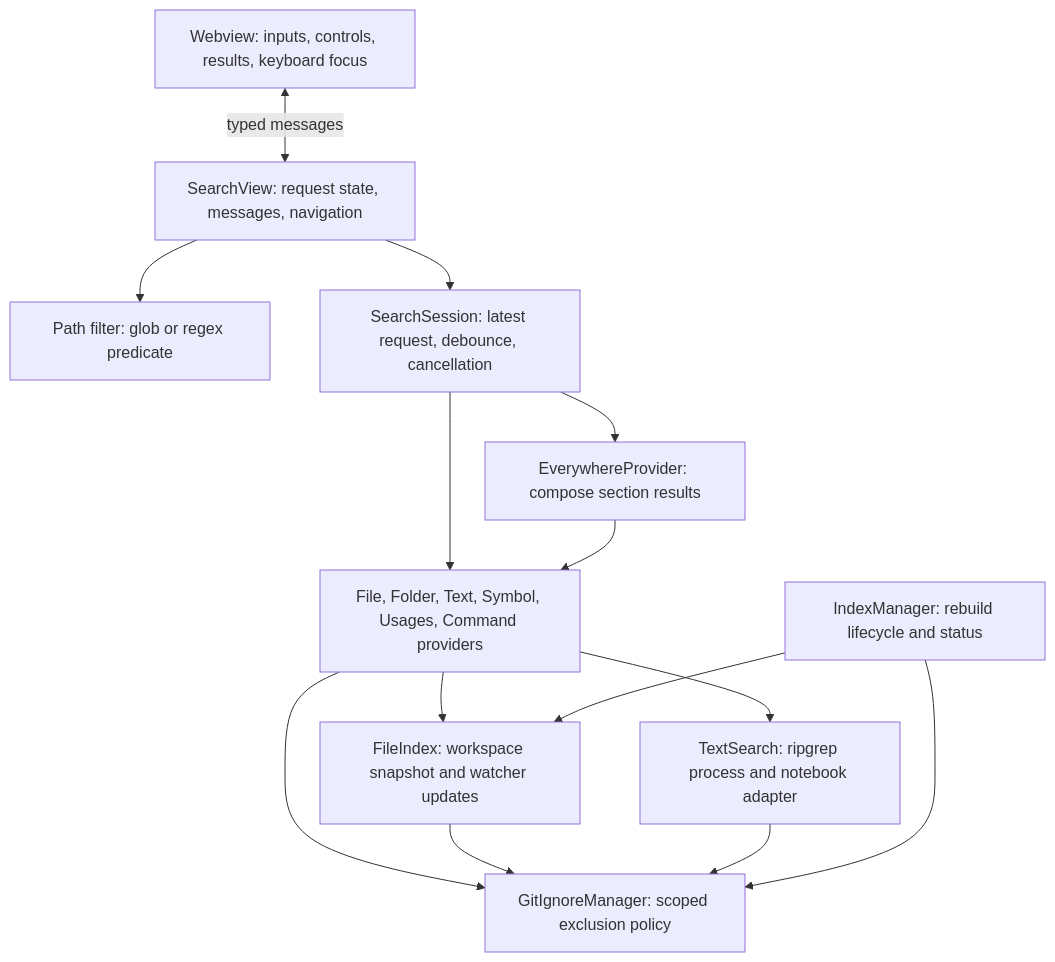
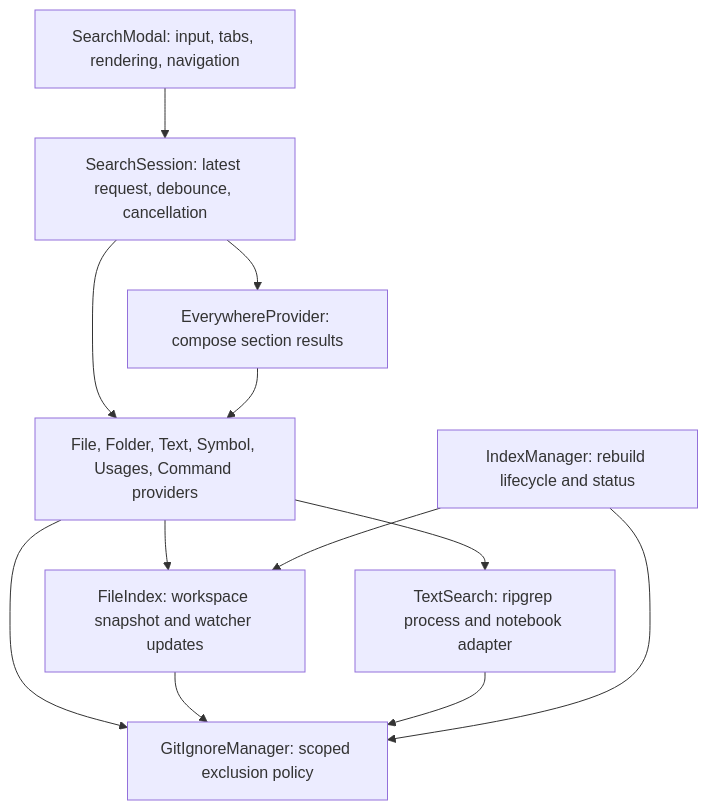
The diagram in ARCHITECTURE.md (expiracy/search-plus-plus), drawn with Mermaid before and after one commit. The commit also changed other lines of this file and 36 other files, not shown here.

````diff
--- a/ARCHITECTURE.md
+++ b/ARCHITECTURE.md
@@ -11,26 +11,22 @@
 ```mermaid
 flowchart TD
-    Client[Webview: inputs, controls, results, keyboard focus]
-    UI[SearchView: request state, messages, navigation]
-    Scope[Path filter: glob or regex predicate]
+    UI[SearchModal: input, tabs, rendering, navigation]
     Session[SearchSession: latest request, debounce, cancellation]
     Providers[File, Folder, Text, Symbol, Usages, Command providers]
     Everywhere[EverywhereProvider: compose section results]
     Index[FileIndex: workspace snapshot and watcher updates]
     Rules[GitIgnoreManager: scoped exclusion policy]
     Text[TextSearch: ripgrep process and notebook adapter]
     Lifecycle[IndexManager: rebuild lifecycle and status]
-    Client <-->|typed messages| UI
-    UI --> Scope
     UI --> Session
     Session --> Providers
     Session --> Everywhere
     Everywhere --> Providers
     Providers --> Index
     Providers --> Text
     Providers --> Rules
     Index --> Rules
     Text --> Rules
     Lifecycle --> Index
     Lifecycle --> Rules
 ```
````
